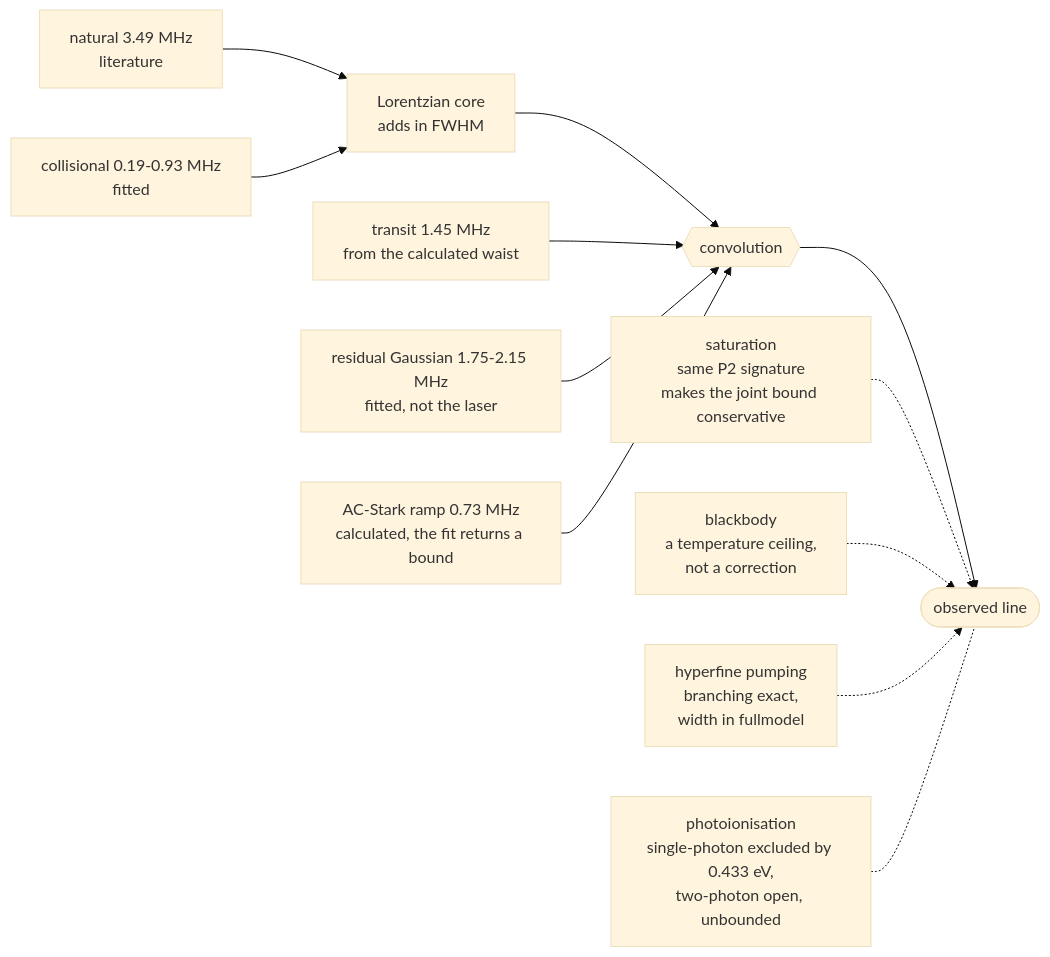
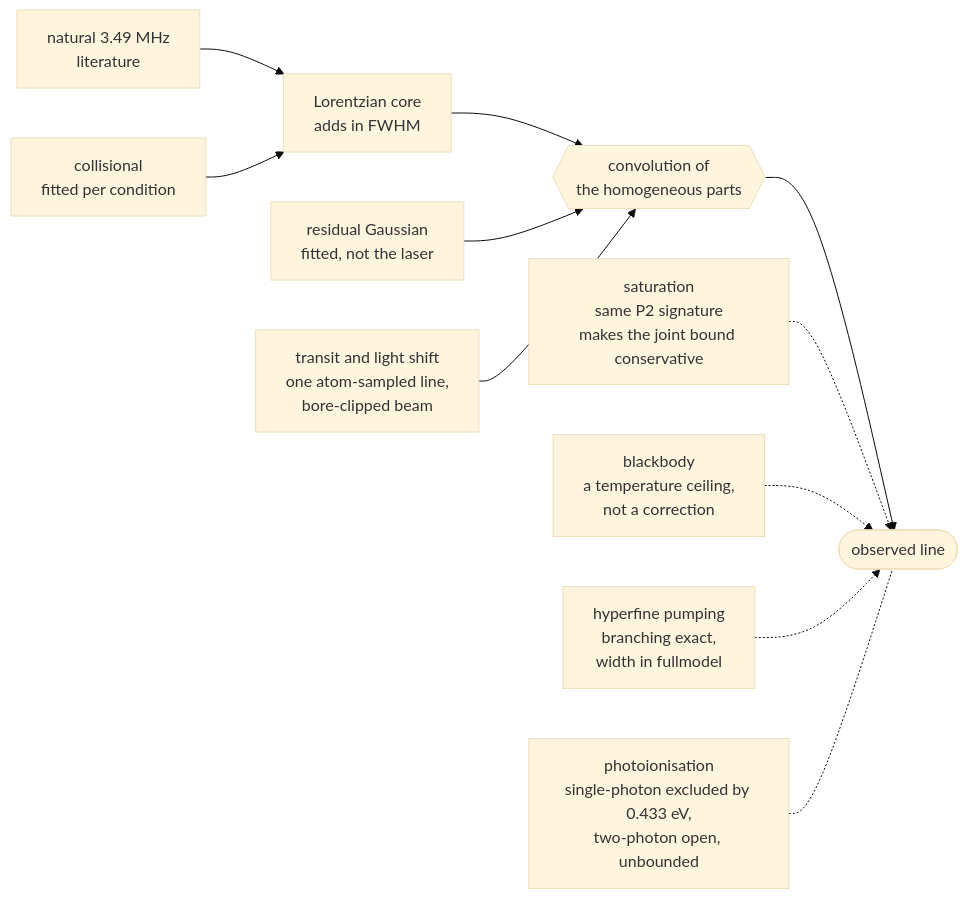
Before and after one commit to MichelangeloDondi/Rb-5S-6S-analysis: the diagram in README.md, drawn with Mermaid (base theme). The commit also changed other lines of this file and 14 other files, not shown here.

````diff
--- a/README.md
+++ b/README.md
@@ -68,14 +77,13 @@
 ```mermaid
 flowchart LR
     NAT["natural 3.49 MHz<br/>literature"] --> CORE
-    COL["collisional 0.19-0.93 MHz<br/>fitted"] --> CORE
+    COL["collisional<br/>fitted per condition"] --> CORE
     CORE["Lorentzian core<br/>adds in FWHM"] --> CONV
-    TRA["transit 1.45 MHz<br/>from the calculated waist"] --> CONV
-    LAS["residual Gaussian 1.75-2.15 MHz<br/>fitted, not the laser"] --> CONV
-    RAM["AC-Stark ramp 0.73 MHz<br/>calculated, the fit returns a bound"] --> CONV
-    CONV{{"convolution"}} --> OBS(["observed line"])
+    LAS["residual Gaussian<br/>fitted, not the laser"] --> CONV
+    JNT["transit and light shift<br/>one atom-sampled line,<br/>bore-clipped beam"] --> CONV
+    CONV{{"convolution of<br/>the homogeneous parts"}} --> OBS(["observed line"])
     SAT["saturation<br/>same P2 signature<br/>makes the joint bound conservative"] -.-> OBS
     BBR["blackbody<br/>a temperature ceiling,<br/>not a correction"] -.-> OBS
     HFP["hyperfine pumping<br/>branching exact,<br/>width in fullmodel"] -.-> OBS
     PHI["photoionisation<br/>single-photon excluded by 0.433 eV,<br/>two-photon open, unbounded"] -.- OBS
 ```
````
